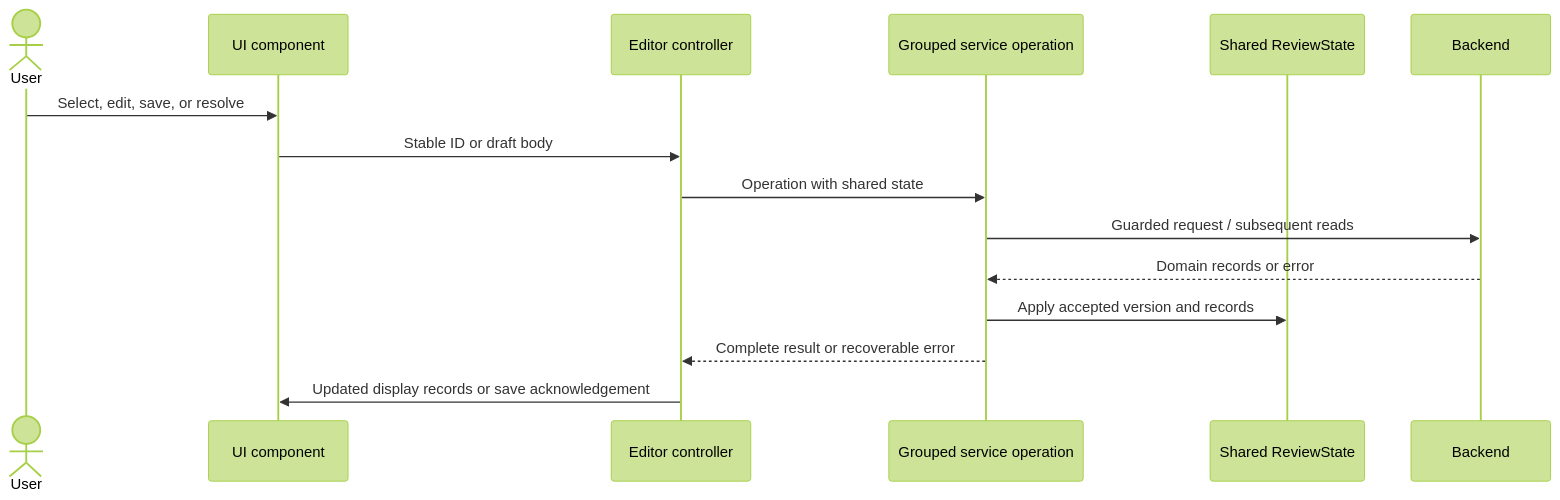
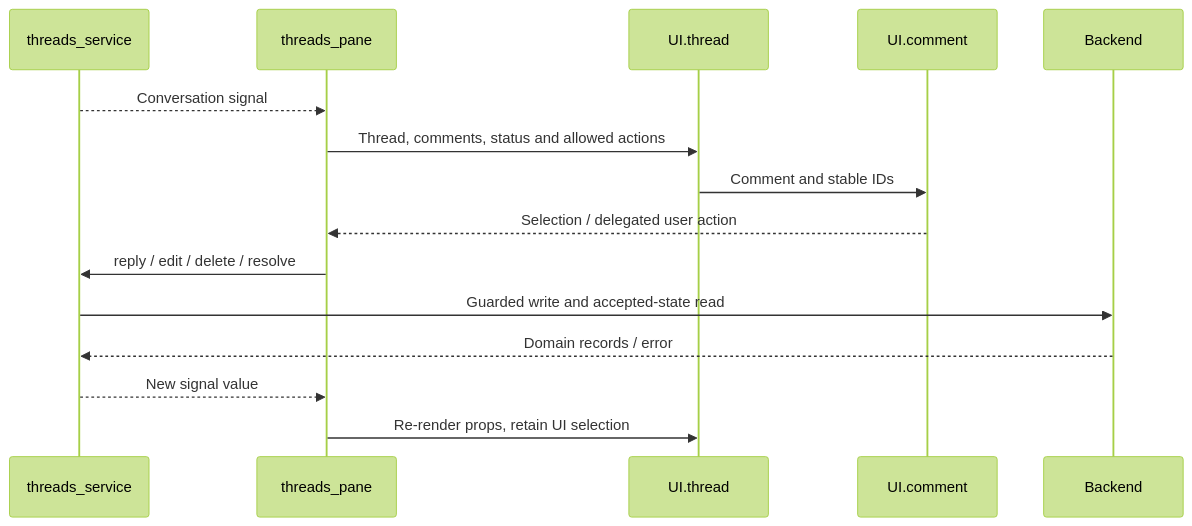
One commit to difflab-io/lgtm changed the fifth of 8 diagrams in docs/architecture/lgtm.nvim/index.md. Above: the diagram before and after it, drawn with Mermaid (forest theme). The commit also changed other lines of this file and 119 other files, not shown here.

First line of the commit message:
refactor(nvim): separate reactive UI and backend review workflows

````diff
--- a/docs/architecture/lgtm.nvim/index.md
+++ b/docs/architecture/lgtm.nvim/index.md
@@ -87,17 +187,17 @@
 ```mermaid
 sequenceDiagram
-  actor User
-  participant View as UI component
-  participant Controller as Editor controller
-  participant Service as Grouped service operation
-  participant Store as Shared ReviewState
+  participant Service as threads_service
+  participant Pane as threads_pane
+  participant Thread as UI.thread
+  participant Comment as UI.comment
   participant Backend
-  User->>View: Select, edit, save, or resolve
-  View->>Controller: Stable ID or draft body
-  Controller->>Service: Operation with shared state
-  Service->>Backend: Guarded request / subsequent reads
-  Backend-->>Service: Domain records or error
-  Service->>Store: Apply accepted version and records
-  Service-->>Controller: Complete result or recoverable error
-  Controller->>View: Updated display records or save acknowledgement
+  Service-->>Pane: Conversation signal
+  Pane->>Thread: Thread, comments, status and allowed actions
+  Thread->>Comment: Comment and stable IDs
+  Comment-->>Pane: Selection / delegated user action
+  Pane->>Service: reply / edit / delete / resolve
+  Service->>Backend: Guarded write and accepted-state read
+  Backend-->>Service: Domain records / error
+  Service-->>Pane: New signal value
+  Pane->>Thread: Re-render props, retain UI selection
 ```
````
